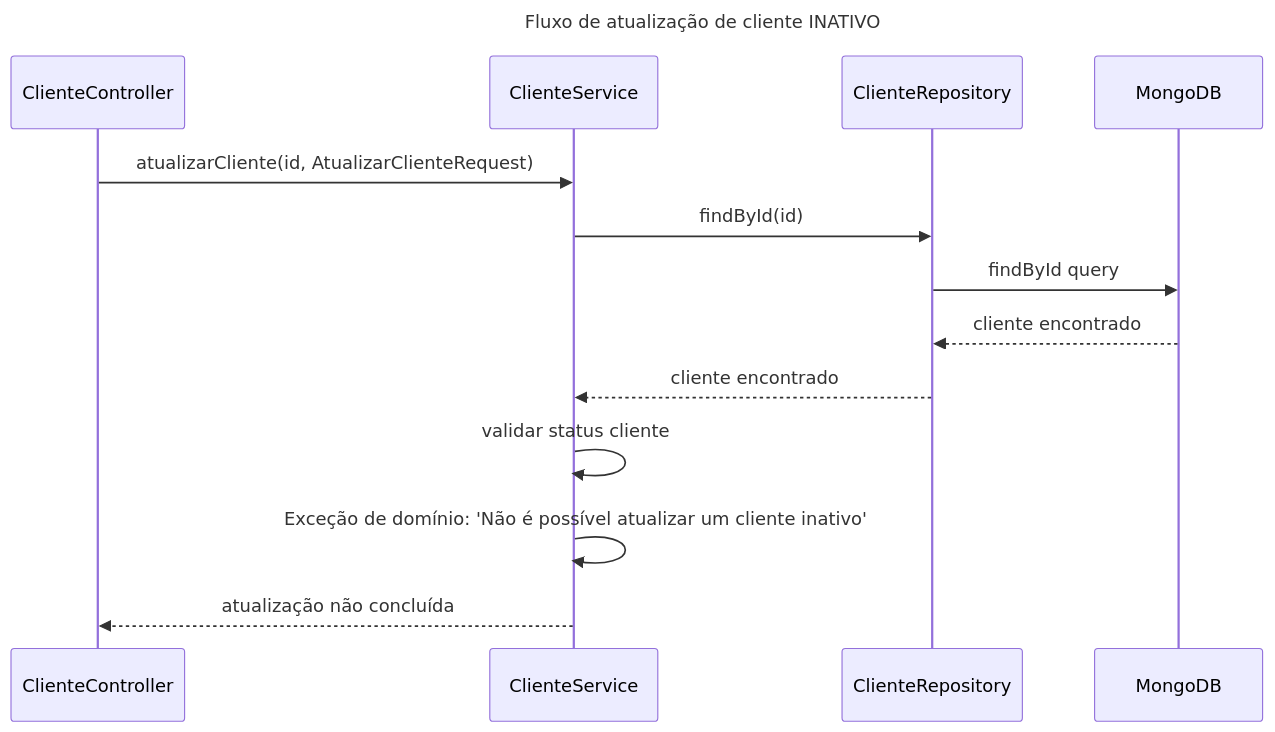
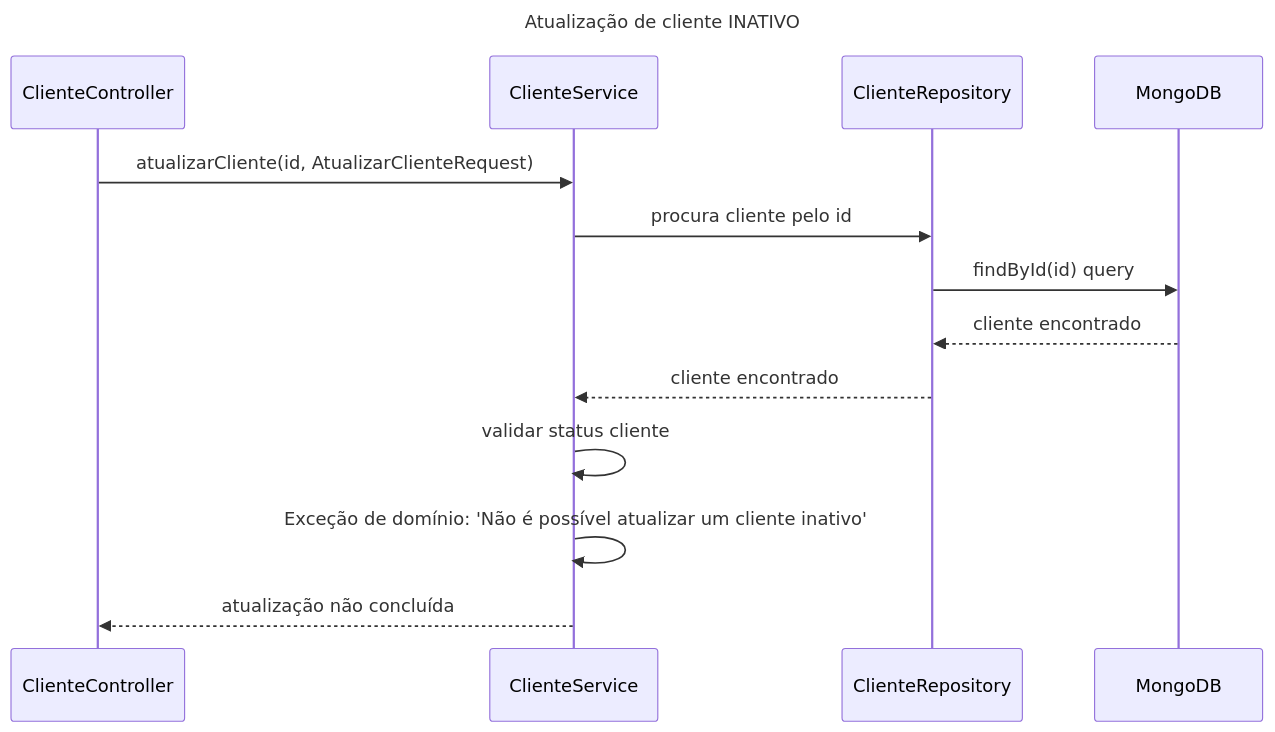
Before and after one commit to thiagosv/ms-cliente-mvc: the second of 3 diagrams in .doc/c4/nivel-4/AtualizacaoCliente.md, drawn with Mermaid. The commit also changed other lines of this file, not shown here.

Commit message:
C4: Nivel 4 do fluxo de atualização de cliente.

````diff
--- a/.doc/c4/nivel-4/AtualizacaoCliente.md
+++ b/.doc/c4/nivel-4/AtualizacaoCliente.md
@@ -37,19 +37,19 @@
 ```mermaid
 ---
-title: Fluxo de atualização de cliente INATIVO
+title: Atualização de cliente INATIVO
 ---
 sequenceDiagram
 participant CC as ClienteController
 participant CS as ClienteService
 participant CR as ClienteRepository
 participant M as MongoDB
 
     CC->>CS: atualizarCliente(id, AtualizarClienteRequest)
-    CS->>CR: findById(id)
-    CR->>M: findById query
+    CS->>CR: procura cliente pelo id
+    CR->>M: findById(id) query
     M-->>CR: cliente encontrado
     CR-->>CS: cliente encontrado
     CS->>CS: validar status cliente
     CS->>CS: Exceção de domínio: 'Não é possível atualizar um cliente inativo'
     CS-->>CC: atualização não concluída
 ```
````
